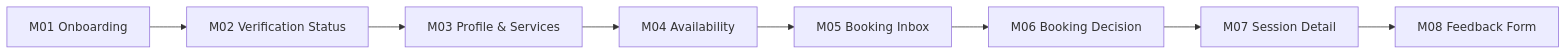
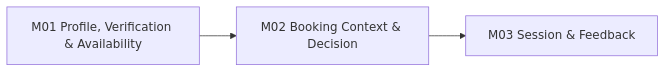
The second of 3 diagrams in docs/Project_Prototype/Prototype_Workflow.md (tnnhuaa/InterviewQuestionBank), drawn with Mermaid before and after one commit. The commit also changed other lines of this file and 8 other files, not shown here.

````diff
--- a/docs/Project_Prototype/Prototype_Workflow.md
+++ b/docs/Project_Prototype/Prototype_Workflow.md
@@ -108,10 +88,5 @@
 ```mermaid
 flowchart LR
-    M01["M01 Onboarding"] --> M02["M02 Verification Status"]
-    M02 --> M03["M03 Profile & Services"]
-    M03 --> M04["M04 Availability"]
-    M04 --> M05["M05 Booking Inbox"]
-    M05 --> M06["M06 Booking Decision"]
-    M06 --> M07["M07 Session Detail"]
-    M07 --> M08["M08 Feedback Form"]
+    M01["M01 Profile, Verification & Availability"] --> M02["M02 Booking Context & Decision"]
+    M02 --> M03["M03 Session & Feedback"]
 ```
````
